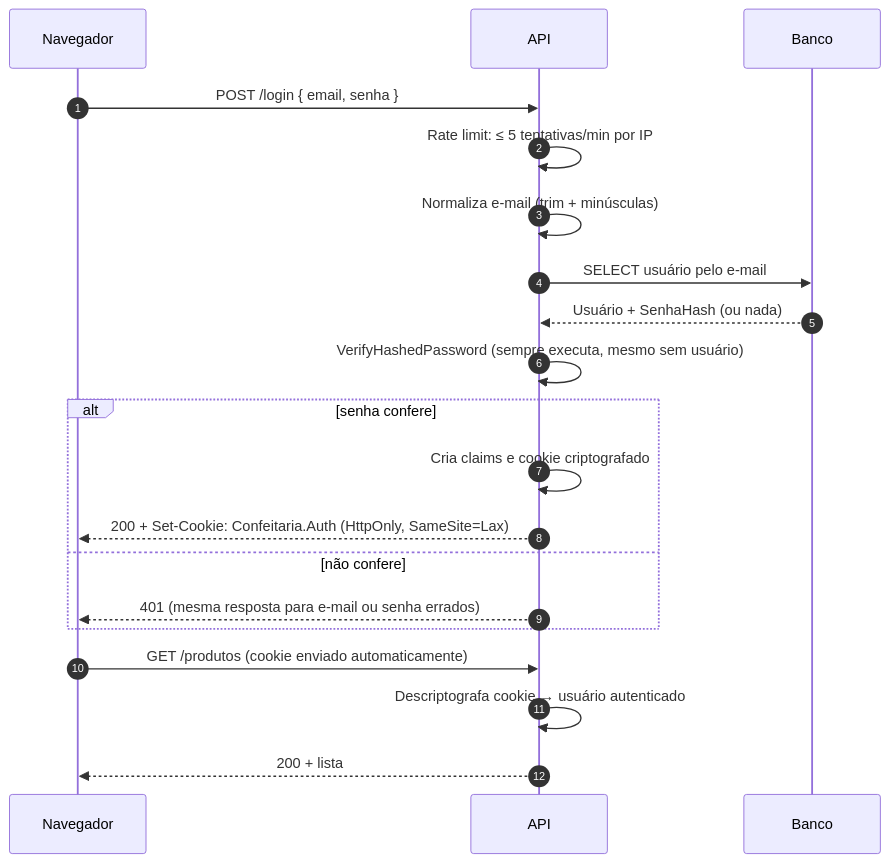
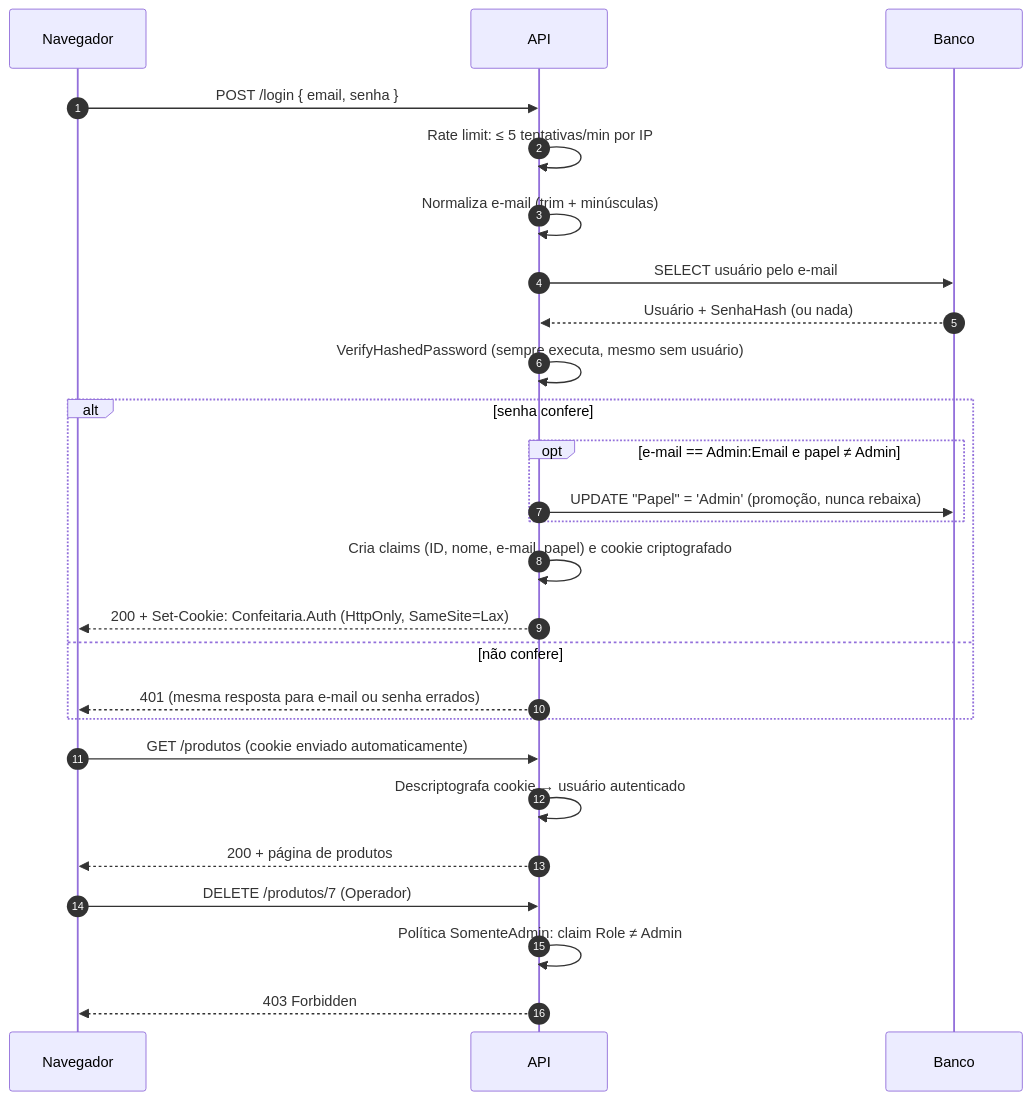
The diagram in docs/autenticacao.md (MatheusRamos1223/CRUDConfeitaria), drawn with Mermaid before and after one commit. The commit also changed other lines of this file and 2 other files, not shown here.

````diff
--- a/docs/autenticacao.md
+++ b/docs/autenticacao.md
@@ -18,24 +20,31 @@
 ```mermaid
 sequenceDiagram
     autonumber
     participant N as Navegador
     participant A as API
     participant B as Banco
 
     N->>A: POST /login { email, senha }
     A->>A: Rate limit: ≤ 5 tentativas/min por IP
     A->>A: Normaliza e-mail (trim + minúsculas)
     A->>B: SELECT usuário pelo e-mail
     B-->>A: Usuário + SenhaHash (ou nada)
     A->>A: VerifyHashedPassword (sempre executa, mesmo sem usuário)
     alt senha confere
-        A->>A: Cria claims e cookie criptografado
+        opt e-mail == Admin:Email e papel ≠ Admin
+            A->>B: UPDATE "Papel" = 'Admin' (promoção, nunca rebaixa)
+        end
+        A->>A: Cria claims (ID, nome, e-mail, papel) e cookie criptografado
         A-->>N: 200 + Set-Cookie: Confeitaria.Auth (HttpOnly, SameSite=Lax)
     else não confere
         A-->>N: 401 (mesma resposta para e-mail ou senha errados)
     end
 
     N->>A: GET /produtos (cookie enviado automaticamente)
     A->>A: Descriptografa cookie → usuário autenticado
-    A-->>N: 200 + lista
+    A-->>N: 200 + página de produtos
+
+    N->>A: DELETE /produtos/7 (Operador)
+    A->>A: Política SomenteAdmin: claim Role ≠ Admin
+    A-->>N: 403 Forbidden
 ```
````
